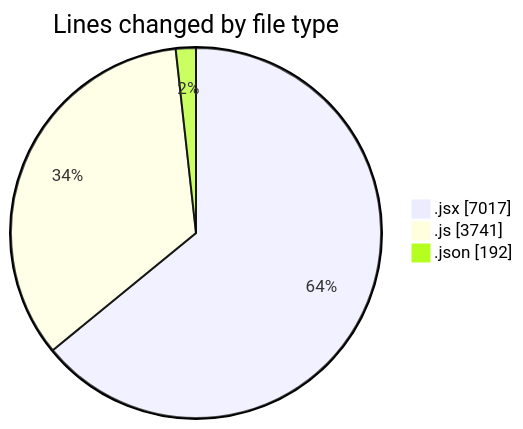
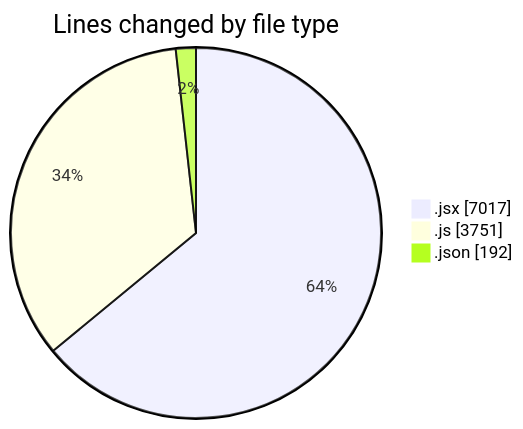
Before and after one commit to nxtqubesakshisongat/code-tracking: the first of 2 diagrams in 2025-08-06/nxtqube_webapp/README.md, drawn with Mermaid. The commit also changed other lines of this file and 1 other file, not shown here.

````diff
--- a/2025-08-06/nxtqube_webapp/README.md
+++ b/2025-08-06/nxtqube_webapp/README.md
@@ -31,7 +31,7 @@
 ```mermaid
 pie showData
 title Lines changed by file type
 ".jsx" : 7017
-".js" : 3741
+".js" : 3751
 ".json" : 192
 ```
````
